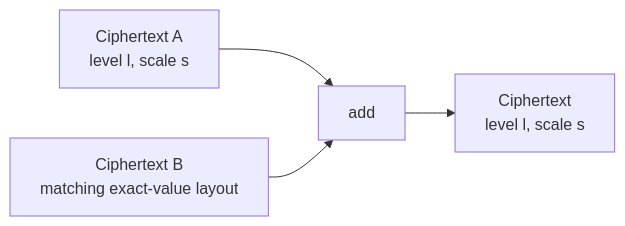
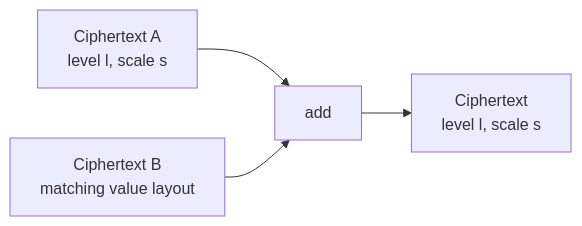
The first of 5 diagrams in docs/concepts/ckks/evaluator-operation-transitions.md (visualDust/fhelium), drawn with Mermaid before and after one commit. The commit also changed other lines of this file and 222 other files, not shown here.

````diff
--- a/docs/concepts/ckks/evaluator-operation-transitions.md
+++ b/docs/concepts/ckks/evaluator-operation-transitions.md
@@ -17,10 +17,10 @@
 ```mermaid
 flowchart LR
     A[Ciphertext A<br/>level l, scale s]
-    B[Ciphertext B<br/>matching exact-value layout]
+    B[Ciphertext B<br/>matching value layout]
     ADD[add]
     C[Ciphertext<br/>level l, scale s]
     A --> ADD
     B --> ADD
     ADD --> C
 ```
````
